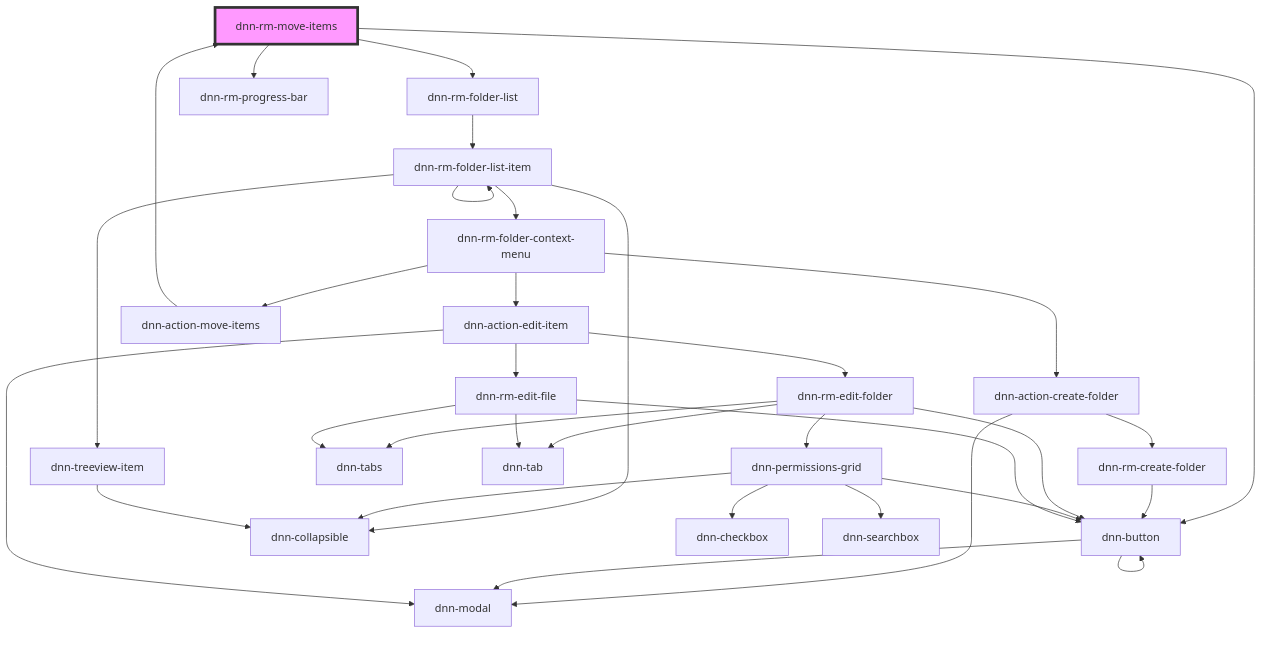
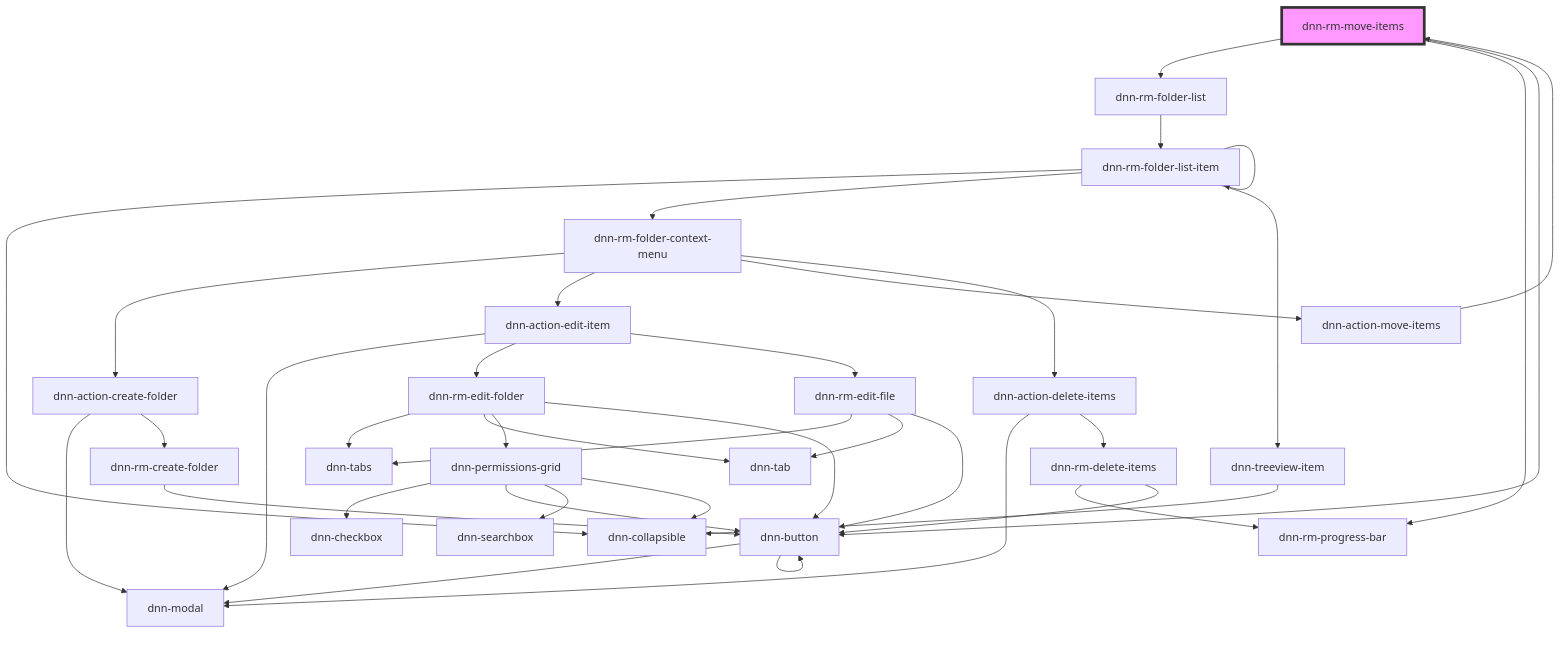
The diagram in DNN Platform/Modules/ResourceManager/ResourceManager.Web/src/components/dnn-rm-move-items/readme.md (dnnsoftware/Dnn.Platform), drawn with Mermaid before and after one commit. The commit also changed 23 other files, not shown here.

````diff
--- a/DNN Platform/Modules/ResourceManager/ResourceManager.Web/src/components/dnn-rm-move-items/readme.md
+++ b/DNN Platform/Modules/ResourceManager/ResourceManager.Web/src/components/dnn-rm-move-items/readme.md
@@ -35,36 +35,41 @@
 ```mermaid
 graph TD;
   dnn-rm-move-items --> dnn-rm-folder-list
   dnn-rm-move-items --> dnn-rm-progress-bar
   dnn-rm-move-items --> dnn-button
   dnn-rm-folder-list --> dnn-rm-folder-list-item
   dnn-rm-folder-list-item --> dnn-collapsible
   dnn-rm-folder-list-item --> dnn-rm-folder-context-menu
   dnn-rm-folder-list-item --> dnn-treeview-item
   dnn-rm-folder-list-item --> dnn-rm-folder-list-item
   dnn-rm-folder-context-menu --> dnn-action-create-folder
   dnn-rm-folder-context-menu --> dnn-action-edit-item
   dnn-rm-folder-context-menu --> dnn-action-move-items
+  dnn-rm-folder-context-menu --> dnn-action-delete-items
   dnn-action-create-folder --> dnn-modal
   dnn-action-create-folder --> dnn-rm-create-folder
   dnn-rm-create-folder --> dnn-button
   dnn-button --> dnn-modal
   dnn-button --> dnn-button
   dnn-action-edit-item --> dnn-modal
   dnn-action-edit-item --> dnn-rm-edit-folder
   dnn-action-edit-item --> dnn-rm-edit-file
   dnn-rm-edit-folder --> dnn-tabs
   dnn-rm-edit-folder --> dnn-tab
   dnn-rm-edit-folder --> dnn-permissions-grid
   dnn-rm-edit-folder --> dnn-button
   dnn-permissions-grid --> dnn-checkbox
   dnn-permissions-grid --> dnn-button
   dnn-permissions-grid --> dnn-searchbox
   dnn-permissions-grid --> dnn-collapsible
   dnn-rm-edit-file --> dnn-tabs
   dnn-rm-edit-file --> dnn-tab
   dnn-rm-edit-file --> dnn-button
   dnn-action-move-items --> dnn-rm-move-items
+  dnn-action-delete-items --> dnn-modal
+  dnn-action-delete-items --> dnn-rm-delete-items
+  dnn-rm-delete-items --> dnn-rm-progress-bar
+  dnn-rm-delete-items --> dnn-button
   dnn-treeview-item --> dnn-collapsible
   style dnn-rm-move-items fill:#f9f,stroke:#333,stroke-width:4px
 ```
````
